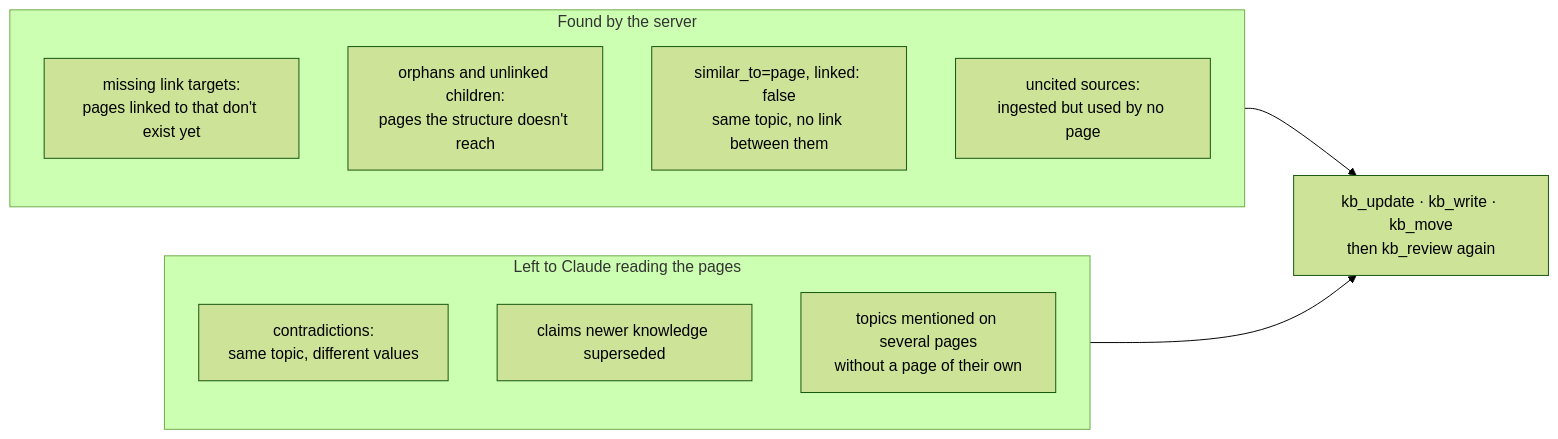
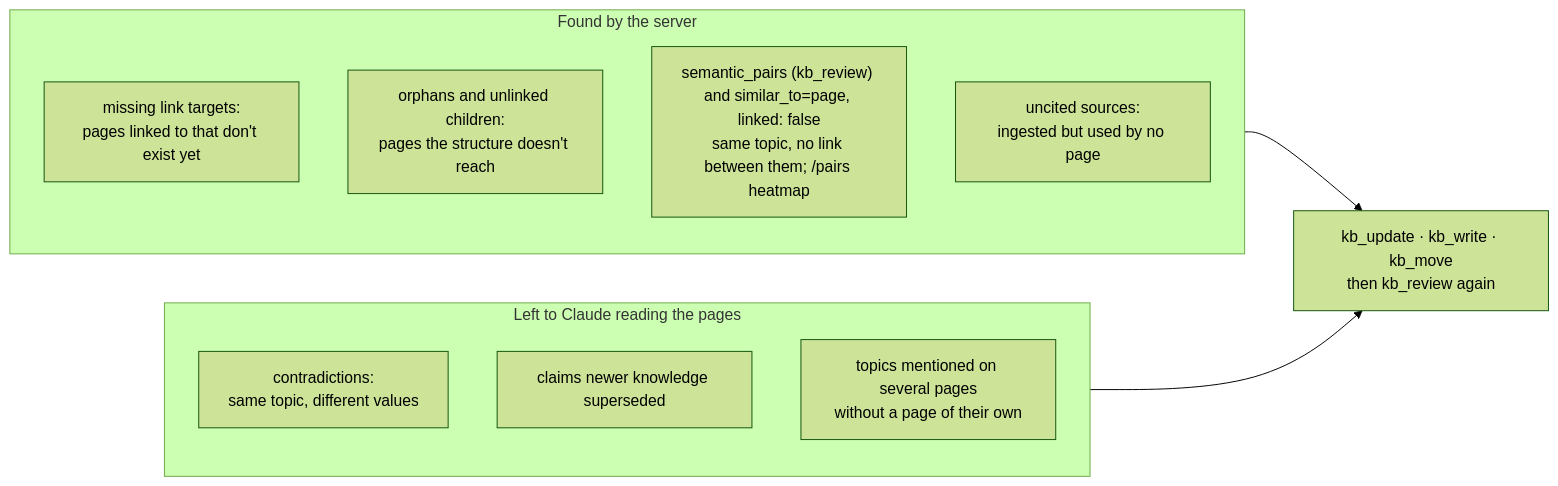
One commit to abishekvupputur/okf-kb changed the eighth of 8 diagrams in docs/how-it-works.md. Above: the diagram before and after it, drawn with Mermaid (forest theme). The commit also changed other lines of this file and 7 other files, not shown here.

First line of the commit message:
Semantic pairs: lint lists unlinked pages close in meaning, /pairs heatmap

````diff
--- a/docs/how-it-works.md
+++ b/docs/how-it-works.md
@@ -152,16 +156,16 @@
 ```mermaid
 flowchart LR
     subgraph Mechanical["Found by the server"]
         G1["missing link targets:<br/>pages linked to that don't exist yet"]
         G2["orphans and unlinked children:<br/>pages the structure doesn't reach"]
-        G3["similar_to=page, linked: false<br/>same topic, no link between them"]
+        G3["semantic_pairs (kb_review) and similar_to=page, linked: false<br/>same topic, no link between them; /pairs heatmap"]
         G4["uncited sources:<br/>ingested but used by no page"]
     end
     subgraph Judgement["Left to Claude reading the pages"]
         J1["contradictions:<br/>same topic, different values"]
         J2["claims newer knowledge superseded"]
         J3["topics mentioned on several pages<br/>without a page of their own"]
     end
     Mechanical --> FIX["kb_update · kb_write · kb_move<br/>then kb_review again"]
     Judgement --> FIX
 ```
````
